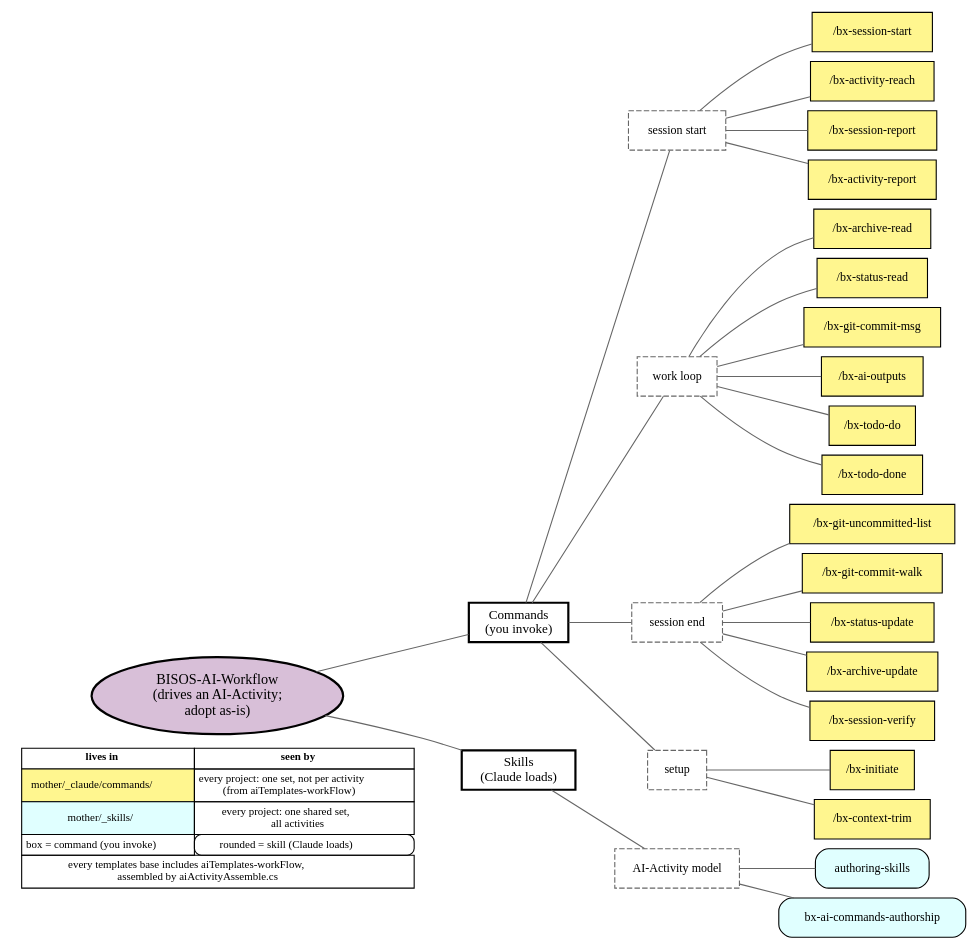
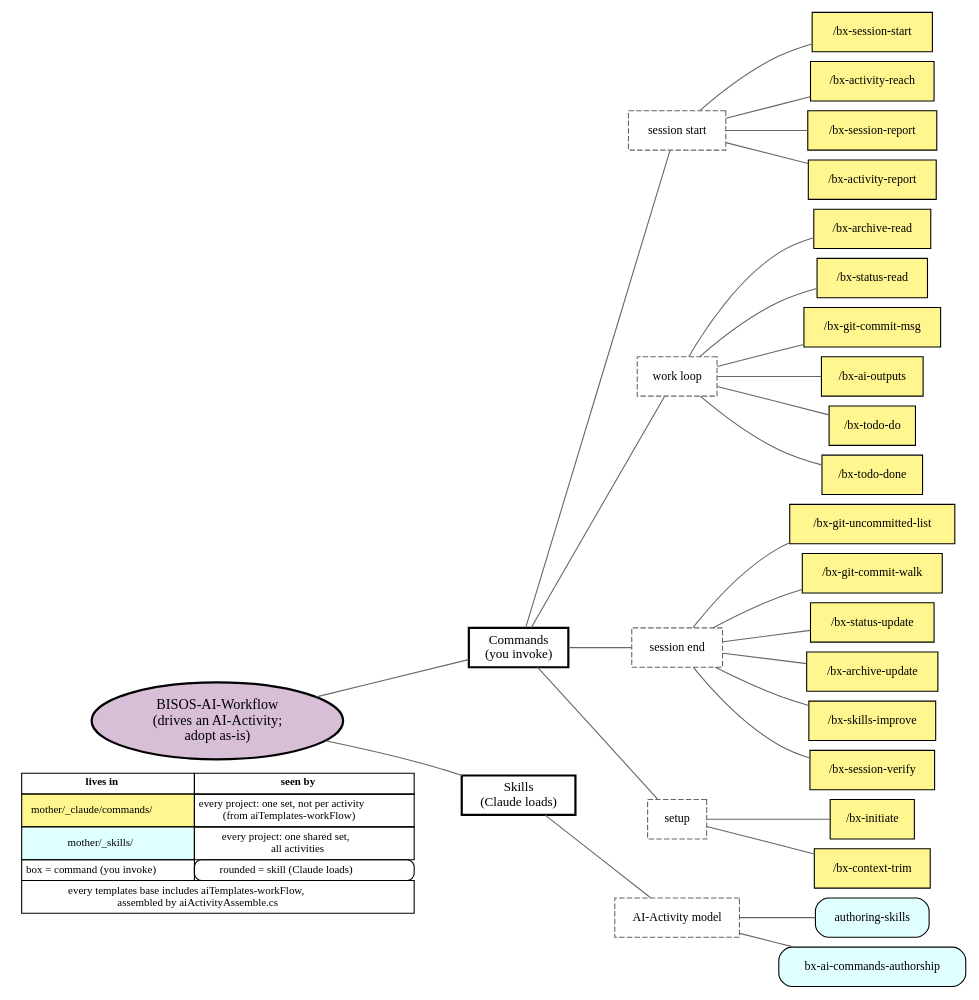
Before and after one commit to bisos-pip/aiActivity: the diagram in py3/images/aiGeneralTree.gv, drawn with Graphviz. The commit also changed 7 other files, not shown here.

First line of the commit message:
Added /bx-skills-improve; skills as ingredients in the README

```diff
--- a/py3/images/aiGeneralTree.gv
+++ b/py3/images/aiGeneralTree.gv
@@ -1,67 +1,69 @@
 digraph {
 	nodesep=0.12 rankdir=LR ranksep=0.5
 	node [fontsize=11]
 	root [label="BISOS-AI-Workflow
 (drives an AI-Activity;
 adopt as-is)" fillcolor=thistle fontsize=13 shape=ellipse style="filled,bold"]
 	commands [label="Commands
 (you invoke)" fontsize=12 shape=box style=bold]
 	skills [label="Skills
 (Claude loads)" fontsize=12 shape=box style=bold]
 	root -> commands [arrowhead=none color=gray40]
 	root -> skills [arrowhead=none color=gray40]
 	cmdStart [label="session start" color=gray40 fontsize=11 shape=box style=dashed]
 	commands -> cmdStart [arrowhead=none color=gray40]
 	"/bx-session-start" [label="/bx-session-start" fillcolor=khaki1 shape=box style=filled]
 	cmdStart -> "/bx-session-start" [arrowhead=none color=gray40]
 	"/bx-activity-reach" [label="/bx-activity-reach" fillcolor=khaki1 shape=box style=filled]
 	cmdStart -> "/bx-activity-reach" [arrowhead=none color=gray40]
 	"/bx-session-report" [label="/bx-session-report" fillcolor=khaki1 shape=box style=filled]
 	cmdStart -> "/bx-session-report" [arrowhead=none color=gray40]
 	"/bx-activity-report" [label="/bx-activity-report" fillcolor=khaki1 shape=box style=filled]
 	cmdStart -> "/bx-activity-report" [arrowhead=none color=gray40]
 	cmdLoop [label="work loop" color=gray40 fontsize=11 shape=box style=dashed]
 	commands -> cmdLoop [arrowhead=none color=gray40]
 	"/bx-archive-read" [label="/bx-archive-read" fillcolor=khaki1 shape=box style=filled]
 	cmdLoop -> "/bx-archive-read" [arrowhead=none color=gray40]
 	"/bx-status-read" [label="/bx-status-read" fillcolor=khaki1 shape=box style=filled]
 	cmdLoop -> "/bx-status-read" [arrowhead=none color=gray40]
 	"/bx-git-commit-msg" [label="/bx-git-commit-msg" fillcolor=khaki1 shape=box style=filled]
 	cmdLoop -> "/bx-git-commit-msg" [arrowhead=none color=gray40]
 	"/bx-ai-outputs" [label="/bx-ai-outputs" fillcolor=khaki1 shape=box style=filled]
 	cmdLoop -> "/bx-ai-outputs" [arrowhead=none color=gray40]
 	"/bx-todo-do" [label="/bx-todo-do" fillcolor=khaki1 shape=box style=filled]
 	cmdLoop -> "/bx-todo-do" [arrowhead=none color=gray40]
 	"/bx-todo-done" [label="/bx-todo-done" fillcolor=khaki1 shape=box style=filled]
 	cmdLoop -> "/bx-todo-done" [arrowhead=none color=gray40]
 	cmdEnd [label="session end" color=gray40 fontsize=11 shape=box style=dashed]
 	commands -> cmdEnd [arrowhead=none color=gray40]
 	"/bx-git-uncommitted-list" [label="/bx-git-uncommitted-list" fillcolor=khaki1 shape=box style=filled]
 	cmdEnd -> "/bx-git-uncommitted-list" [arrowhead=none color=gray40]
 	"/bx-git-commit-walk" [label="/bx-git-commit-walk" fillcolor=khaki1 shape=box style=filled]
 	cmdEnd -> "/bx-git-commit-walk" [arrowhead=none color=gray40]
 	"/bx-status-update" [label="/bx-status-update" fillcolor=khaki1 shape=box style=filled]
 	cmdEnd -> "/bx-status-update" [arrowhead=none color=gray40]
 	"/bx-archive-update" [label="/bx-archive-update" fillcolor=khaki1 shape=box style=filled]
 	cmdEnd -> "/bx-archive-update" [arrowhead=none color=gray40]
+	"/bx-skills-improve" [label="/bx-skills-improve" fillcolor=khaki1 shape=box style=filled]
+	cmdEnd -> "/bx-skills-improve" [arrowhead=none color=gray40]
 	"/bx-session-verify" [label="/bx-session-verify" fillcolor=khaki1 shape=box style=filled]
 	cmdEnd -> "/bx-session-verify" [arrowhead=none color=gray40]
 	cmdSetup [label=setup color=gray40 fontsize=11 shape=box style=dashed]
 	commands -> cmdSetup [arrowhead=none color=gray40]
 	"/bx-initiate" [label="/bx-initiate" fillcolor=khaki1 shape=box style=filled]
 	cmdSetup -> "/bx-initiate" [arrowhead=none color=gray40]
 	"/bx-context-trim" [label="/bx-context-trim" fillcolor=khaki1 shape=box style=filled]
 	cmdSetup -> "/bx-context-trim" [arrowhead=none color=gray40]
 	skAiActivity [label="AI-Activity model" color=gray40 fontsize=11 shape=box style=dashed]
 	skills -> skAiActivity [arrowhead=none color=gray40]
 	"authoring-skills" [label="authoring-skills" fillcolor=lightcyan shape=box style="filled,rounded"]
 	skAiActivity -> "authoring-skills" [arrowhead=none color=gray40]
 	"bx-ai-commands-authorship" [label="bx-ai-commands-authorship" fillcolor=lightcyan shape=box style="filled,rounded"]
 	skAiActivity -> "bx-ai-commands-authorship" [arrowhead=none color=gray40]
 	{
 		rank=same
 		root
 		legend [label=<<TABLE BORDER="0" CELLBORDER="1" CELLSPACING="0" CELLPADDING="3"><TR><TD><B>lives in</B></TD><TD><B>seen by</B></TD></TR><TR><TD BGCOLOR="khaki1">mother/_claude/commands/</TD><TD>every project: one set, not per activity<BR/>(from aiTemplates-workFlow)</TD></TR><TR><TD BGCOLOR="lightcyan">mother/_skills/</TD><TD>every project: one shared set,<BR/>all activities</TD></TR><TR><TD>box = command (you invoke)</TD><TD STYLE="rounded">rounded = skill (Claude loads)</TD></TR><TR><TD COLSPAN="2">every templates base includes aiTemplates-workFlow,<BR/>assembled by aiActivityAssemble.cs</TD></TR></TABLE>> fontsize=10 shape=plaintext]
 	}
 	root -> legend [style=invis]
 }
```
